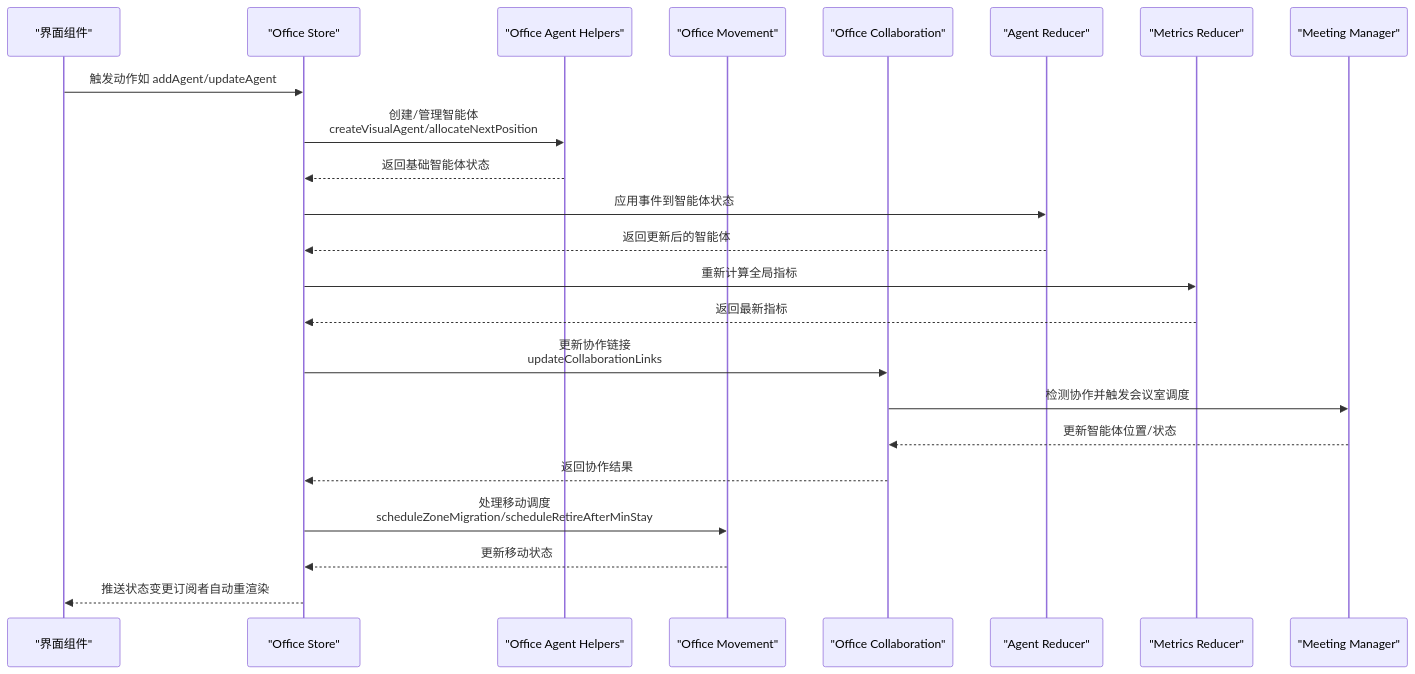
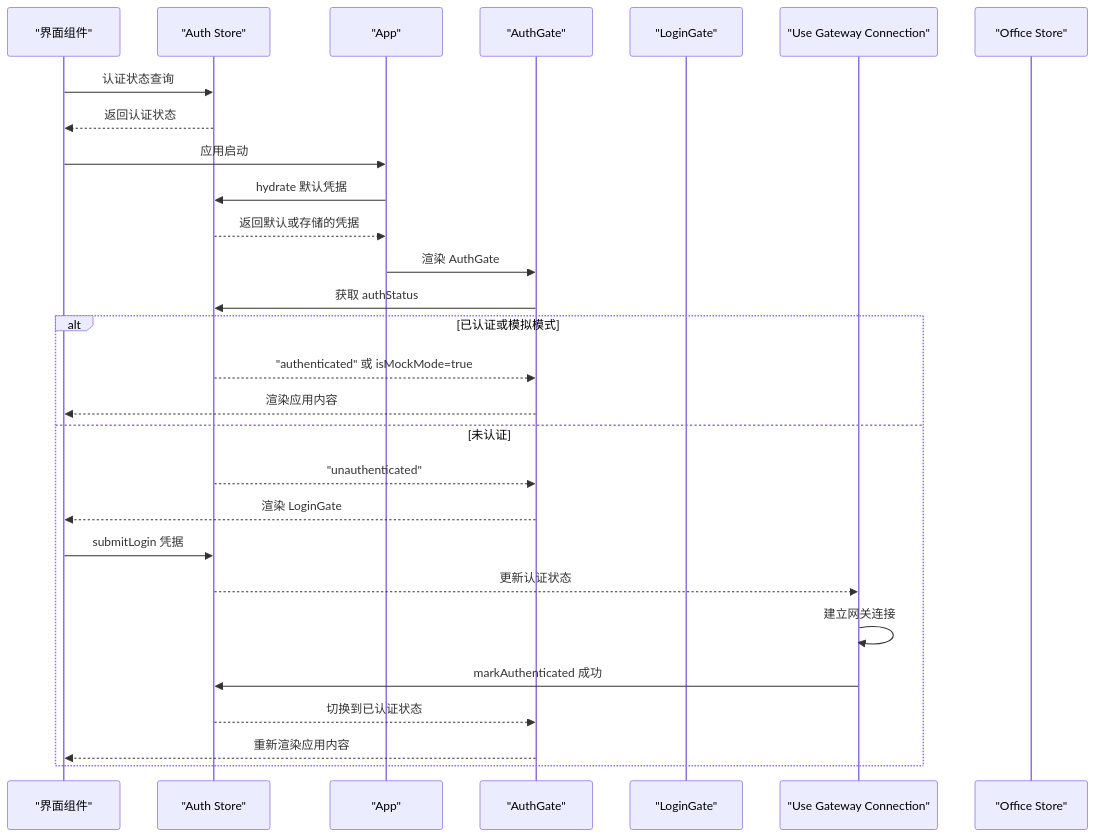
The second of 11 diagrams in .qoder/repowiki/zh/content/状态管理系统/状态管理系统.md (WW-AI-Lab/openclaw-office), drawn with Mermaid before and after one commit. The commit also changed other lines of this file and 9 other files, not shown here.

````diff
--- a/.qoder/repowiki/zh/content/状态管理系统/状态管理系统.md
+++ b/.qoder/repowiki/zh/content/状态管理系统/状态管理系统.md
@@ -139,25 +181,30 @@
 ```mermaid
 sequenceDiagram
 participant UI as "界面组件"
+participant AUTH as "Auth Store"
+participant APP as "App"
+participant AG as "AuthGate"
+participant LG as "LoginGate"
+participant UGC as "Use Gateway Connection"
 participant OS as "Office Store"
-participant OAH as "Office Agent Helpers"
-participant OM as "Office Movement"
-participant OC as "Office Collaboration"
-participant AR as "Agent Reducer"
-participant MR as "Metrics Reducer"
-participant MM as "Meeting Manager"
-UI->>OS : 触发动作如 addAgent/updateAgent
-OS->>OAH : 创建/管理智能体<br/>createVisualAgent/allocateNextPosition
-OAH-->>OS : 返回基础智能体状态
-OS->>AR : 应用事件到智能体状态
-AR-->>OS : 返回更新后的智能体
-OS->>MR : 重新计算全局指标
-MR-->>OS : 返回最新指标
-OS->>OC : 更新协作链接<br/>updateCollaborationLinks
-OC->>MM : 检测协作并触发会议室调度
-MM-->>OC : 更新智能体位置/状态
-OC-->>OS : 返回协作结果
-OS->>OM : 处理移动调度<br/>scheduleZoneMigration/scheduleRetireAfterMinStay
-OM-->>OS : 更新移动状态
-OS-->>UI : 推送状态变更订阅者自动重渲染
+UI->>AUTH : 认证状态查询
+AUTH-->>UI : 返回认证状态
+UI->>APP : 应用启动
+APP->>AUTH : hydrate 默认凭据
+AUTH-->>APP : 返回默认或存储的凭据
+APP->>AG : 渲染 AuthGate
+AG->>AUTH : 获取 authStatus
+ALT 已认证或模拟模式
+AUTH-->>AG : "authenticated" 或 isMockMode=true
+AG-->>UI : 渲染应用内容
+ELSE 未认证
+AUTH-->>AG : "unauthenticated"
+AG-->>UI : 渲染 LoginGate
+UI->>AUTH : submitLogin 凭据
+AUTH-->>UGC : 更新认证状态
+UGC->>UGC : 建立网关连接
+UGC->>AUTH : markAuthenticated 成功
+AUTH-->>AG : 切换到已认证状态
+AG-->>UI : 重新渲染应用内容
+END
 ```
````
